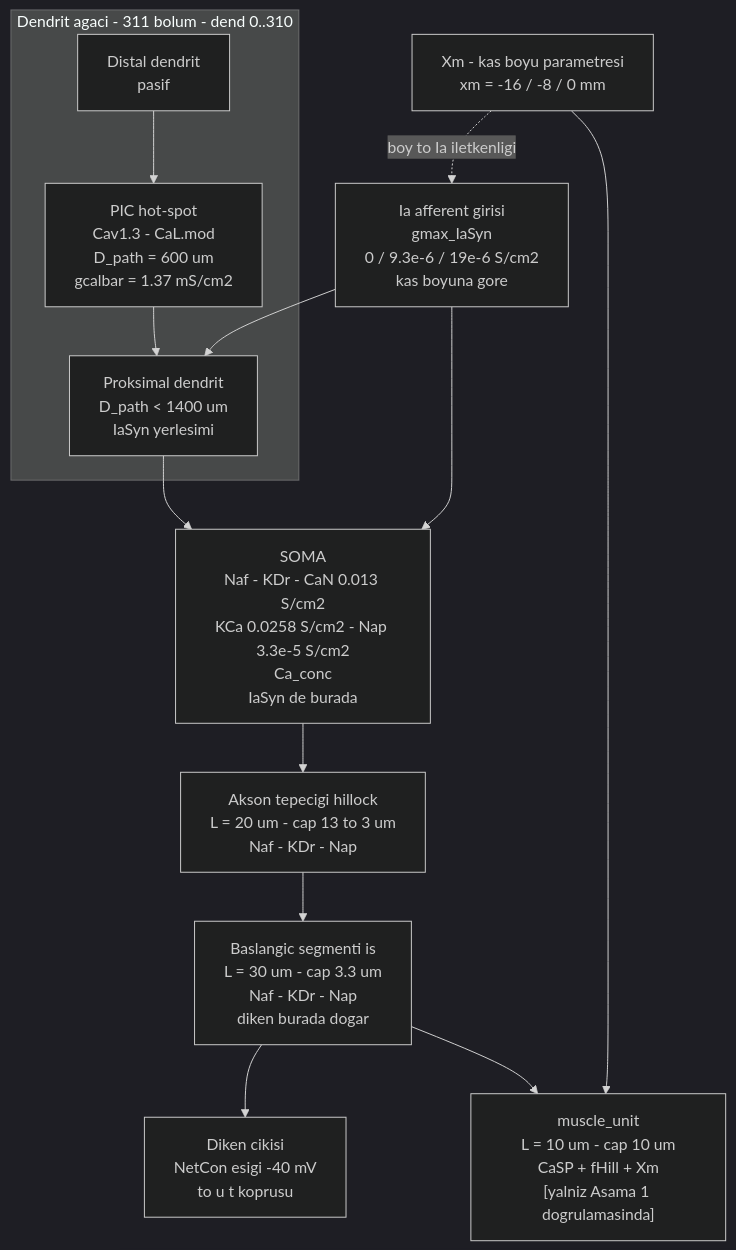
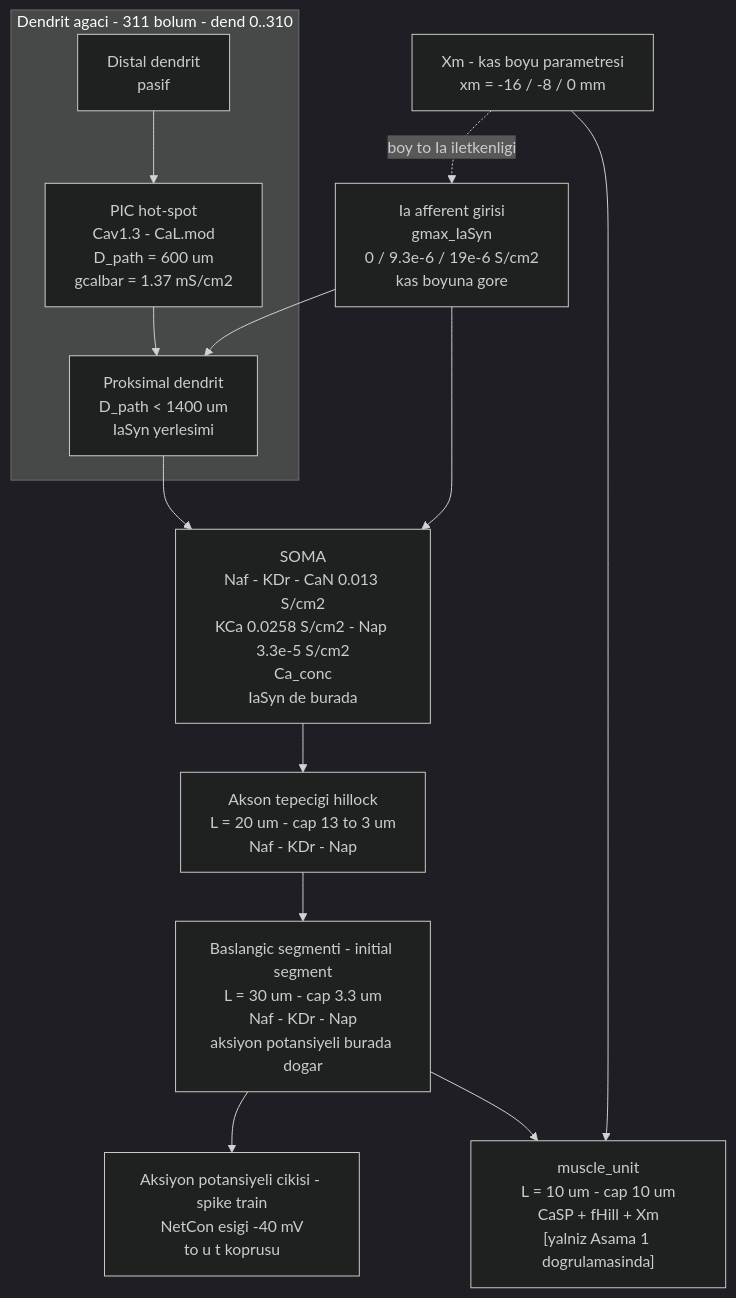
The diagram in literatur/diyagramlar/D3_motonoron_hucre.md (Microrobotik-Mechatronics-Laboratory/CP-USK2026-rat-hindlimb-movement-neuromechanics-opensim-neuron), drawn with Mermaid (dark theme) before and after one commit. The commit also changed other lines of this file and 12 other files, not shown here.

````diff
--- a/literatur/diyagramlar/D3_motonoron_hucre.md
+++ b/literatur/diyagramlar/D3_motonoron_hucre.md
@@ -6,29 +6,29 @@
 ```mermaid
 flowchart TD
     subgraph DEND["Dendrit agaci - 311 bolum - dend 0..310"]
         DPROX["Proksimal dendrit<br/>D_path &lt; 1400 um<br/>IaSyn yerlesimi"]
         DHOT["PIC hot-spot<br/>Cav1.3 - CaL.mod<br/>D_path = 600 um<br/>gcalbar = 1.37 mS/cm2"]
         DDIST["Distal dendrit<br/>pasif"]
     end
 
     SOMA["SOMA<br/>Naf - KDr - CaN 0.013 S/cm2<br/>KCa 0.0258 S/cm2 - Nap 3.3e-5 S/cm2<br/>Ca_conc<br/>IaSyn de burada"]
     HIL["Akson tepecigi hillock<br/>L = 20 um - cap 13 to 3 um<br/>Naf - KDr - Nap"]
-    IS["Baslangic segmenti is<br/>L = 30 um - cap 3.3 um<br/>Naf - KDr - Nap<br/>diken burada dogar"]
+    IS["Baslangic segmenti - initial segment<br/>L = 30 um - cap 3.3 um<br/>Naf - KDr - Nap<br/>aksiyon potansiyeli burada dogar"]
     MU["muscle_unit<br/>L = 10 um - cap 10 um<br/>CaSP + fHill + Xm<br/>[yalniz Asama 1 dogrulamasinda]"]
 
     IAIN["Ia afferent girisi<br/>gmax_IaSyn<br/>0 / 9.3e-6 / 19e-6 S/cm2<br/>kas boyuna gore"]
     XM["Xm - kas boyu parametresi<br/>xm = -16 / -8 / 0 mm"]
-    OUT["Diken cikisi<br/>NetCon esigi -40 mV<br/>to u t koprusu"]
+    OUT["Aksiyon potansiyeli cikisi - spike train<br/>NetCon esigi -40 mV<br/>to u t koprusu"]
 
     IAIN --> DPROX
     IAIN --> SOMA
     DPROX --> SOMA
     DHOT --> DPROX
     DDIST --> DHOT
     SOMA --> HIL
     HIL --> IS
     IS --> MU
     IS --> OUT
     XM --> MU
     XM -.->|"boy to Ia iletkenligi"| IAIN
 ```
````
